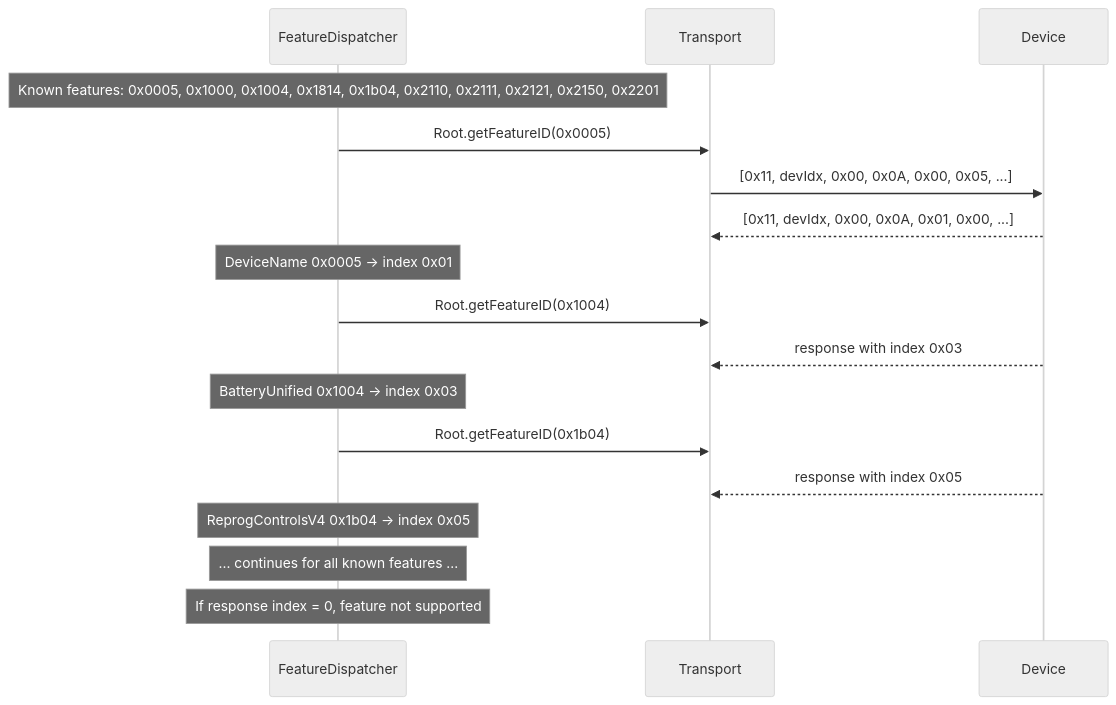
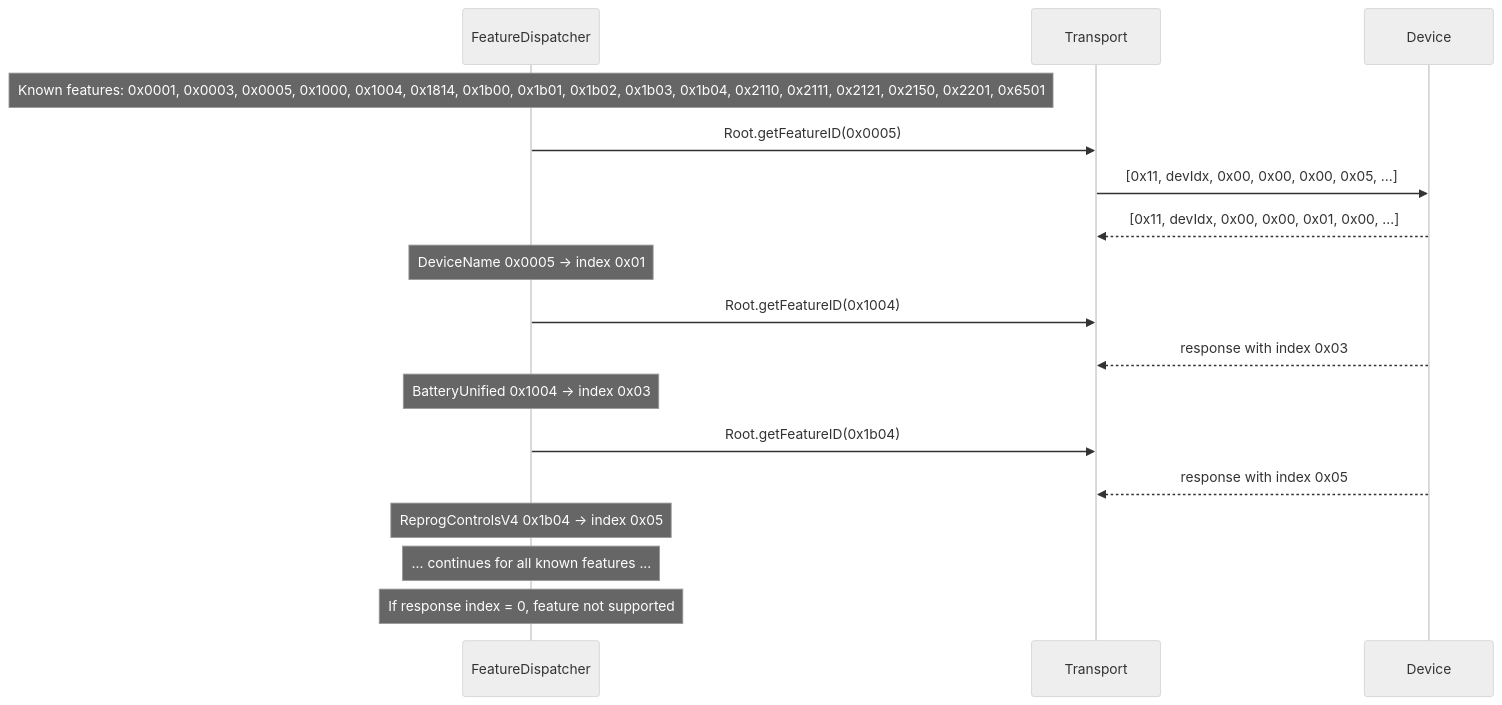
Before and after one commit to mmaher88/logitune: the first of 3 diagrams in docs/wiki/HID++-Protocol.md, drawn with Mermaid (neutral theme). The commit also changed other lines of this file and 9 other files, not shown here.

````diff
--- a/docs/wiki/HID++-Protocol.md
+++ b/docs/wiki/HID++-Protocol.md
@@ -102,24 +102,24 @@
 ```mermaid
 sequenceDiagram
     participant FD as FeatureDispatcher
     participant TR as Transport
     participant Dev as Device
 
-    Note over FD: Known features: 0x0005, 0x1000, 0x1004, 0x1814, 0x1b04, 0x2110, 0x2111, 0x2121, 0x2150, 0x2201
+    Note over FD: Known features: 0x0001, 0x0003, 0x0005, 0x1000, 0x1004, 0x1814, 0x1b00, 0x1b01, 0x1b02, 0x1b03, 0x1b04, 0x2110, 0x2111, 0x2121, 0x2150, 0x2201, 0x6501
 
     FD->>TR: Root.getFeatureID(0x0005)
-    TR->>Dev: [0x11, devIdx, 0x00, 0x0A, 0x00, 0x05, ...]
-    Dev-->>TR: [0x11, devIdx, 0x00, 0x0A, 0x01, 0x00, ...]
+    TR->>Dev: [0x11, devIdx, 0x00, 0x00, 0x00, 0x05, ...]
+    Dev-->>TR: [0x11, devIdx, 0x00, 0x00, 0x01, 0x00, ...]
     Note over FD: DeviceName 0x0005 -> index 0x01
 
     FD->>TR: Root.getFeatureID(0x1004)
     Dev-->>TR: response with index 0x03
     Note over FD: BatteryUnified 0x1004 -> index 0x03
 
     FD->>TR: Root.getFeatureID(0x1b04)
     Dev-->>TR: response with index 0x05
     Note over FD: ReprogControlsV4 0x1b04 -> index 0x05
 
     Note over FD: ... continues for all known features ...
     Note over FD: If response index = 0, feature not supported
 ```
````
